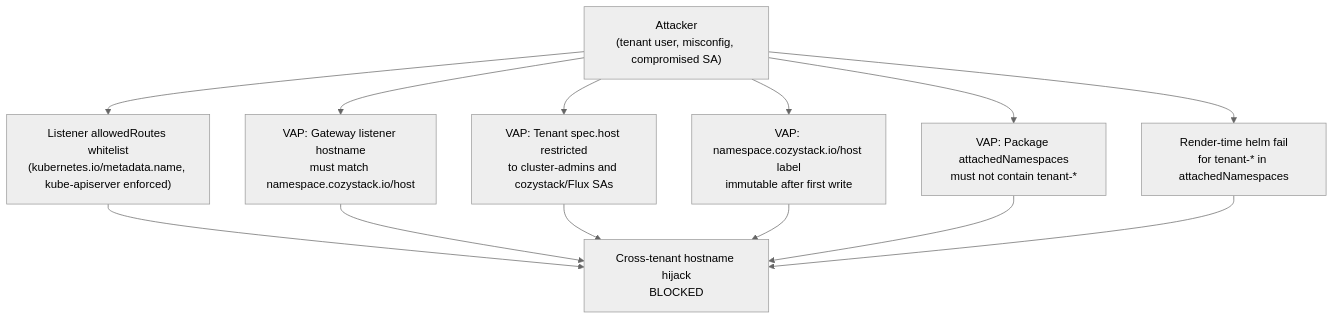
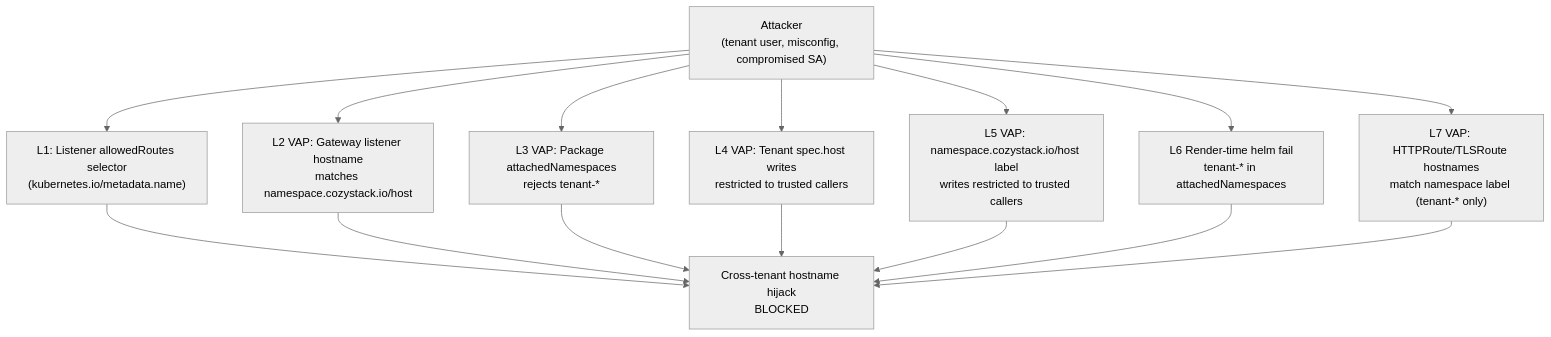
The third of 3 diagrams in content/en/docs/next/networking/gateway-api.md (cozystack/website), drawn with Mermaid (neutral theme) before and after one commit. The commit also changed other lines of this file and 1 other file, not shown here.

First line of the commit message:
docs(gateway-api): align with TenantGateway CRD + 7-layer security model

````diff
--- a/content/en/docs/next/networking/gateway-api.md
+++ b/content/en/docs/next/networking/gateway-api.md
@@ -156,24 +224,27 @@
 ```mermaid
 flowchart TD
     ATK["Attacker<br/>(tenant user, misconfig, compromised SA)"]
-    L1["Listener allowedRoutes whitelist<br/>(kubernetes.io/metadata.name, kube-apiserver enforced)"]
-    L2["VAP: Gateway listener hostname<br/>must match namespace.cozystack.io/host"]
-    L3["VAP: Tenant spec.host restricted<br/>to cluster-admins and cozystack/Flux SAs"]
-    L4["VAP: namespace.cozystack.io/host label<br/>immutable after first write"]
-    L5["VAP: Package attachedNamespaces<br/>must not contain tenant-*"]
-    L6["Render-time helm fail<br/>for tenant-* in attachedNamespaces"]
+    L1["L1: Listener allowedRoutes selector<br/>(kubernetes.io/metadata.name)"]
+    L2["L2 VAP: Gateway listener hostname<br/>matches namespace.cozystack.io/host"]
+    L3["L3 VAP: Package attachedNamespaces<br/>rejects tenant-*"]
+    L4["L4 VAP: Tenant spec.host writes<br/>restricted to trusted callers"]
+    L5["L5 VAP: namespace.cozystack.io/host label<br/>writes restricted to trusted callers"]
+    L6["L6 Render-time helm fail<br/>tenant-* in attachedNamespaces"]
+    L7["L7 VAP: HTTPRoute/TLSRoute hostnames<br/>match namespace label (tenant-* only)"]
     GW["Cross-tenant hostname hijack<br/>BLOCKED"]
 
     ATK --> L1
     ATK --> L2
     ATK --> L3
     ATK --> L4
     ATK --> L5
     ATK --> L6
+    ATK --> L7
     L1 --> GW
     L2 --> GW
     L3 --> GW
     L4 --> GW
     L5 --> GW
     L6 --> GW
+    L7 --> GW
 ```
````
